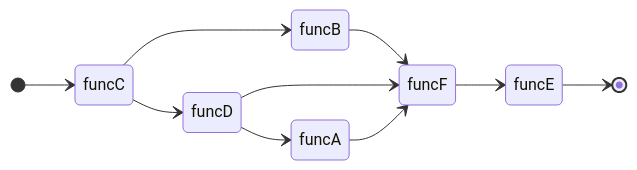
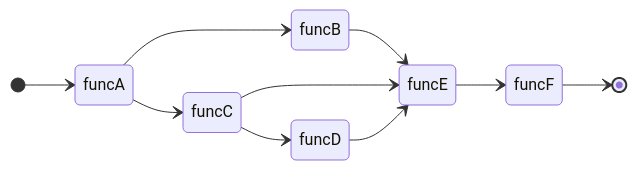
Before and after one commit to ricosjp/dagstream: the diagram in docs/source/mmds/sample.mmd, drawn with Mermaid. The commit also changed 4 other files, not shown here.

```diff
--- a/docs/source/mmds/sample.mmd
+++ b/docs/source/mmds/sample.mmd
@@ -1,17 +1,17 @@
 stateDiagram
     direction LR
-    state "funcC" as state_0
-    state "funcB" as state_1
-    state "funcD" as state_2
-    state "funcA" as state_3
-    state "funcF" as state_4
-    state "funcE" as state_5
-    [*] --> state_0
-    state_0 --> state_1
+    state "funcB" as state_0
+    state "funcF" as state_1
+    state "funcE" as state_2
+    state "funcC" as state_3
+    state "funcD" as state_4
+    state "funcA" as state_5
     state_0 --> state_2
-    state_1 --> state_4
-    state_2 --> state_3
-    state_2 --> state_4
+    state_1 --> [*]
+    state_2 --> state_1
+    state_3 --> state_2
     state_3 --> state_4
-    state_4 --> state_5
-    state_5 --> [*]
+    state_4 --> state_2
+    [*] --> state_5
+    state_5 --> state_3
+    state_5 --> state_0
```
